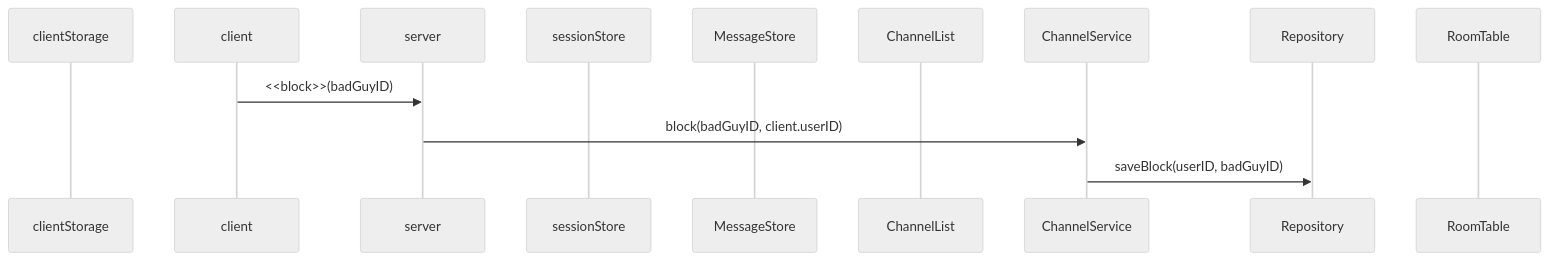
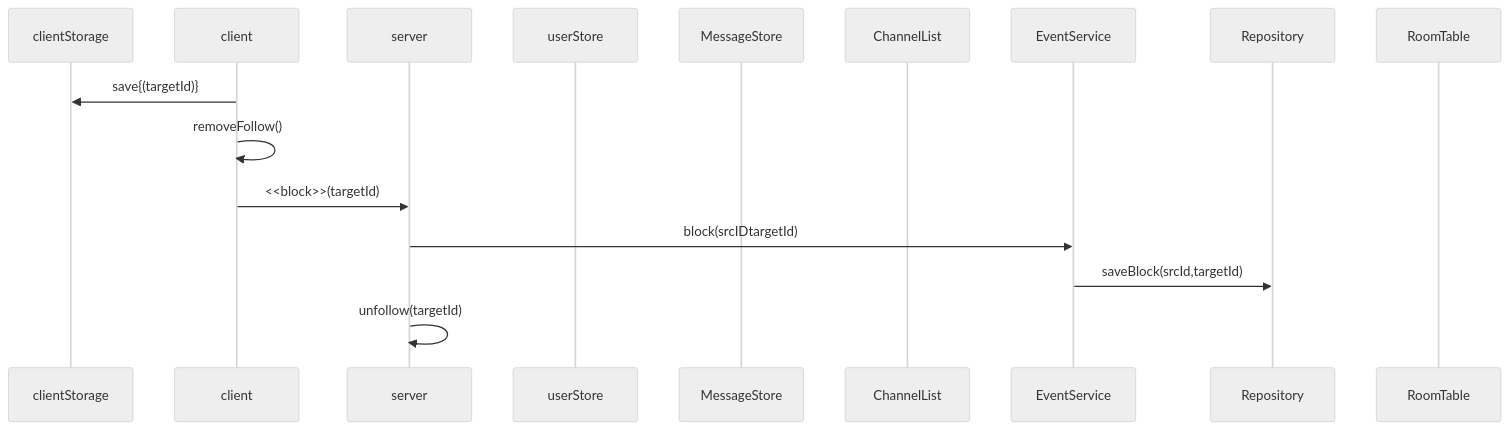
Before and after one commit to mtak0235/simmons_transcendence: the sixth of 19 diagrams in backend/node/app/event.md, drawn with Mermaid (neutral theme). The commit also changed other lines of this file and 1 other file, not shown here.

````diff
--- a/backend/node/app/event.md
+++ b/backend/node/app/event.md
@@ -176,17 +152,18 @@
 ```mermaid
 sequenceDiagram
 participant cls as clientStorage
 participant c as client
 participant ga as server
-participant ss as sessionStore
+participant ss as userStore
 participant ms as MessageStore
 participant cns as ChannelList
-participant cs as ChannelService
+participant cs as EventService
 participant r as Repository
 participant rt as RoomTable
-
-c->>ga: <<block>>(badGuyID)
-ga->>cs: block(badGuyID, client.userID)
-cs->>r: saveBlock(userID, badGuyID)
-
+c->>cls: save{(targetId)}
+c->>c: removeFollow()
+c->>ga: <<block>>(targetId)
+ga->>cs: block(srcIDtargetId)
+cs->>r: saveBlock(srcId,targetId)
+ga->>ga: unfollow(targetId)
 ```
````
